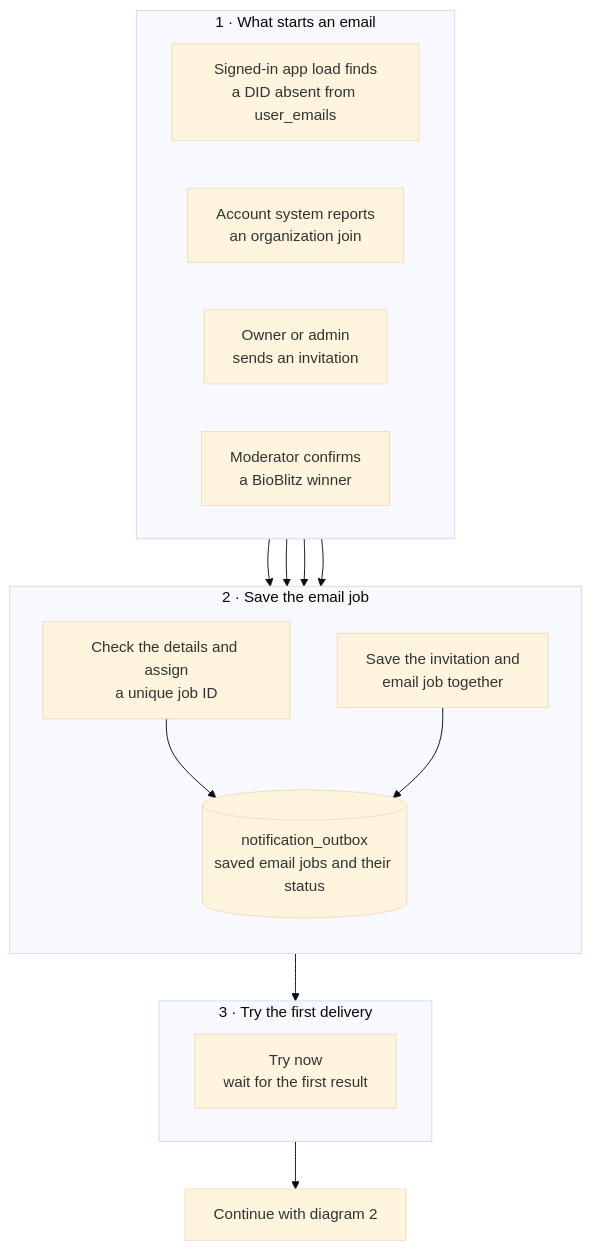
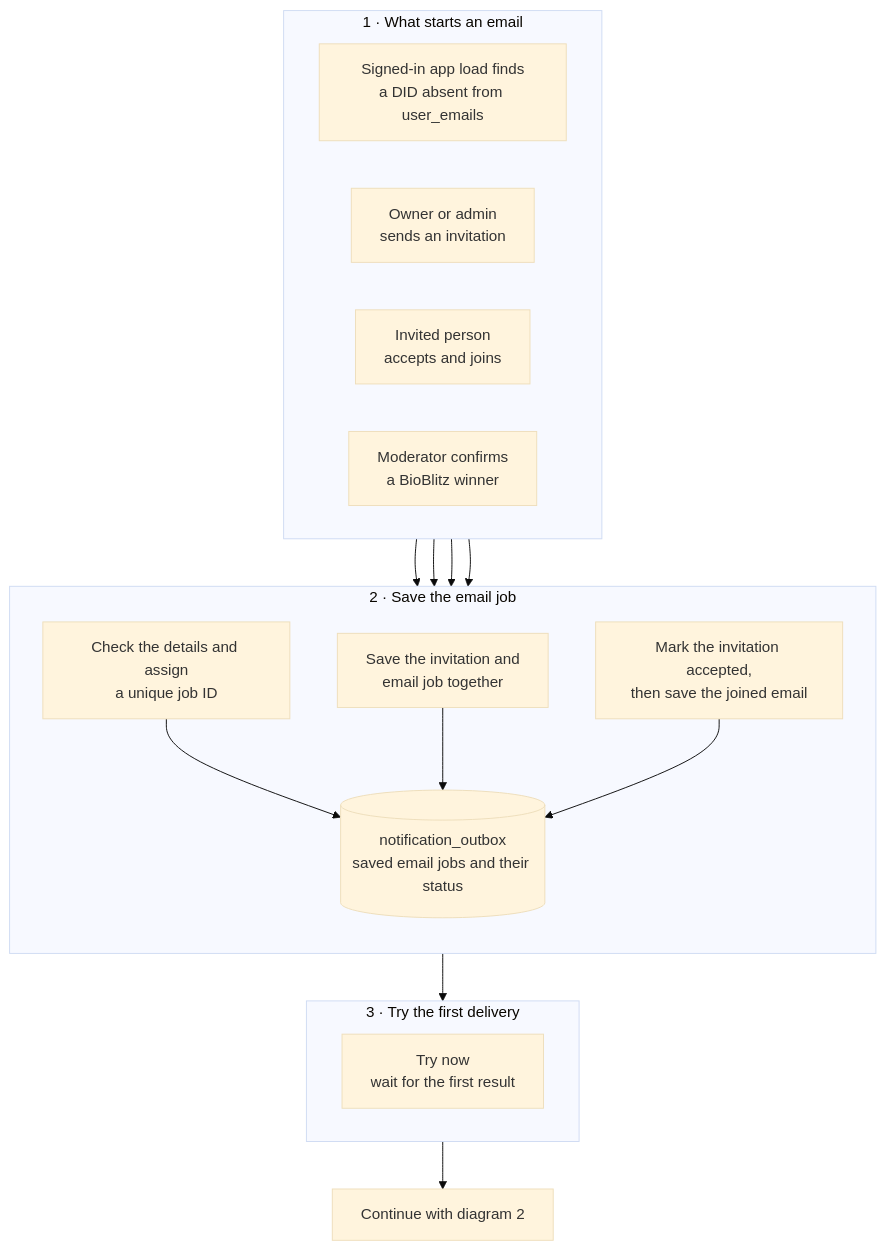
The first of 4 diagrams in docs/email-notification-system.md (GainForest/gainforest-app), drawn with Mermaid (base theme) before and after one commit. The commit also changed other lines of this file and 15 other files, not shown here.

Commit message:
notifications: make invitation acceptance durable and idempotent

````diff
--- a/docs/email-notification-system.md
+++ b/docs/email-notification-system.md
@@ -11,37 +11,39 @@
 ```mermaid
 flowchart TB
 
   subgraph Triggers["1 · What starts an email"]
     direction LR
 
     FirstUse["Signed-in app load finds<br/>a DID absent from user_emails"]
-    Membership["Account system reports<br/>an organization join"]
     Invitation["Owner or admin<br/>sends an invitation"]
+    Acceptance["Invited person<br/>accepts and joins"]
     BioBlitz["Moderator confirms<br/>a BioBlitz winner"]
   end
 
   subgraph Saving["2 · Save the email job"]
     direction TB
 
     SaveJob["Check the details and assign<br/>a unique job ID"]
     SaveTogether["Save the invitation and<br/>email job together"]
+    AcceptThenSave["Mark the invitation accepted,<br/>then save the joined email"]
     Outbox[("notification_outbox<br/>saved email jobs and their status")]
   end
 
   subgraph Timing["3 · Try the first delivery"]
     direction LR
 
     TryNow["Try now<br/>wait for the first result"]
   end
 
   FirstUse --> SaveJob
-  Membership --> SaveJob
   BioBlitz --> SaveJob
   Invitation --> SaveTogether
+  Acceptance --> AcceptThenSave
 
   SaveJob --> Outbox
   SaveTogether --> Outbox
+  AcceptThenSave --> Outbox
 
   Outbox --> TryNow
   TryNow --> SendFlow["Continue with diagram 2"]
 ```
````
